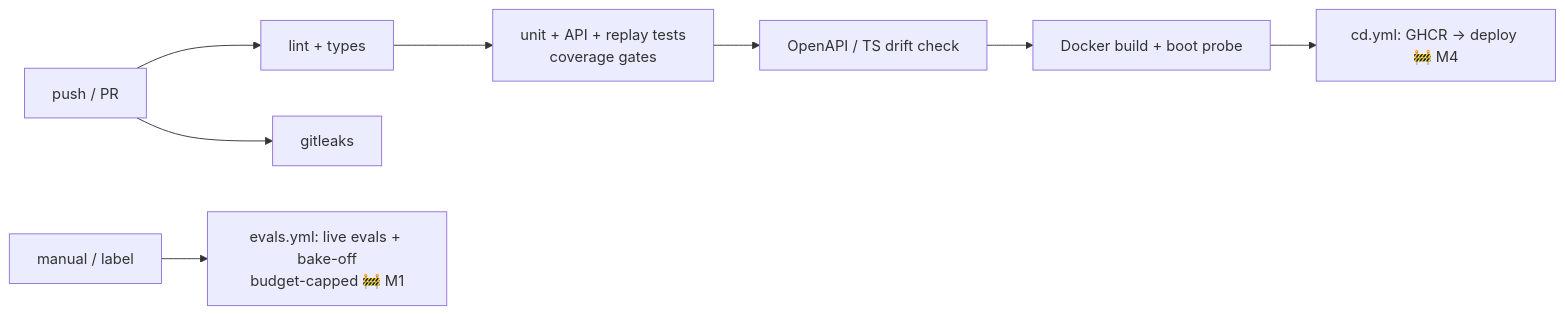
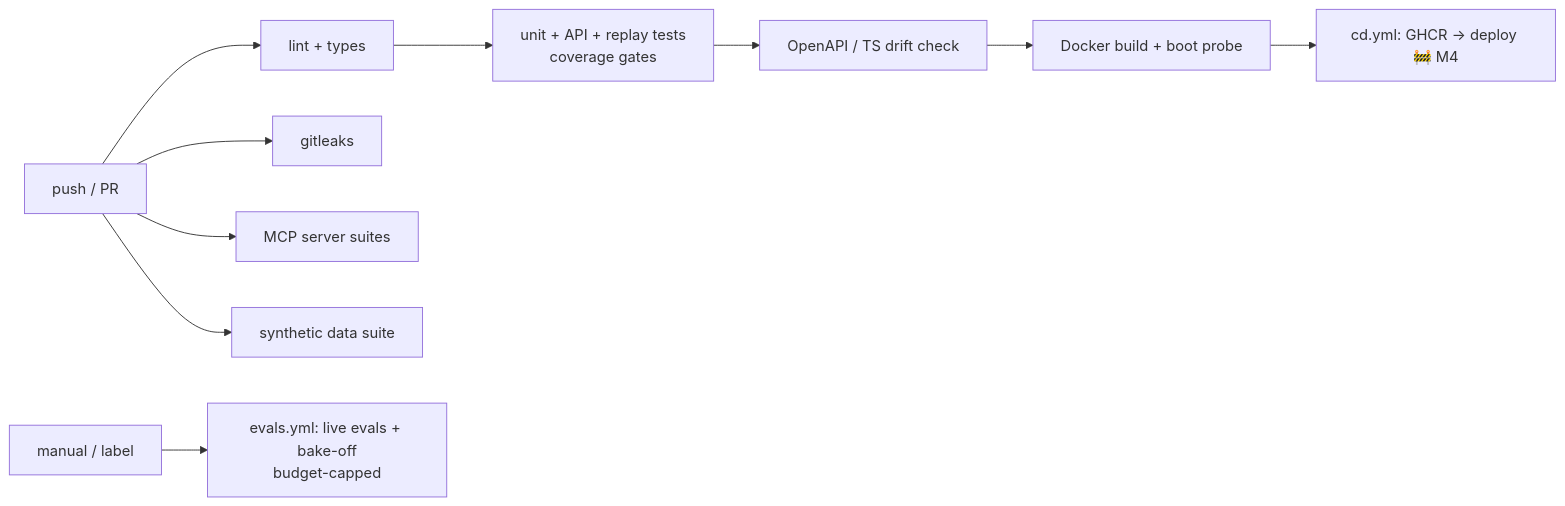
One commit to Shubham-Kanade/claimpilot changed the seventh of 8 diagrams in docs/TECHNICAL_DESIGN.md. Above: the diagram before and after it, drawn with Mermaid. The commit also changed other lines of this file and 4 other files, not shown here.

````diff
--- a/docs/TECHNICAL_DESIGN.md
+++ b/docs/TECHNICAL_DESIGN.md
@@ -100,10 +196,12 @@
 ```mermaid
 flowchart LR
   P[push / PR] --> L[lint + types]
   L --> T[unit + API + replay tests<br/>coverage gates]
   T --> D[OpenAPI / TS drift check]
   D --> B[Docker build + boot probe]
   P --> S[gitleaks]
+  P --> MCP[MCP server suites]
+  P --> SY[synthetic data suite]
   B --> CD[cd.yml: GHCR → deploy 🚧 M4]
-  M[manual / label] --> EV[evals.yml: live evals + bake-off<br/>budget-capped 🚧 M1]
+  M[manual / label] --> EV[evals.yml: live evals + bake-off<br/>budget-capped]
 ```
````
